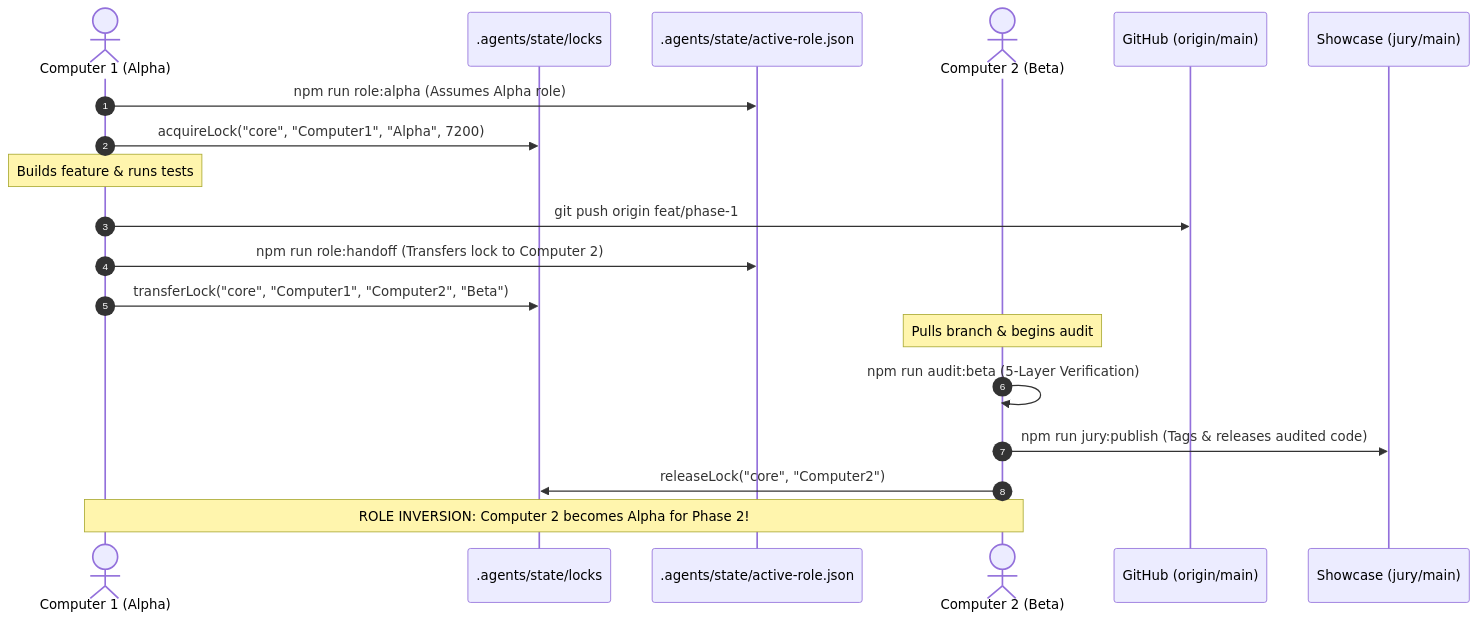
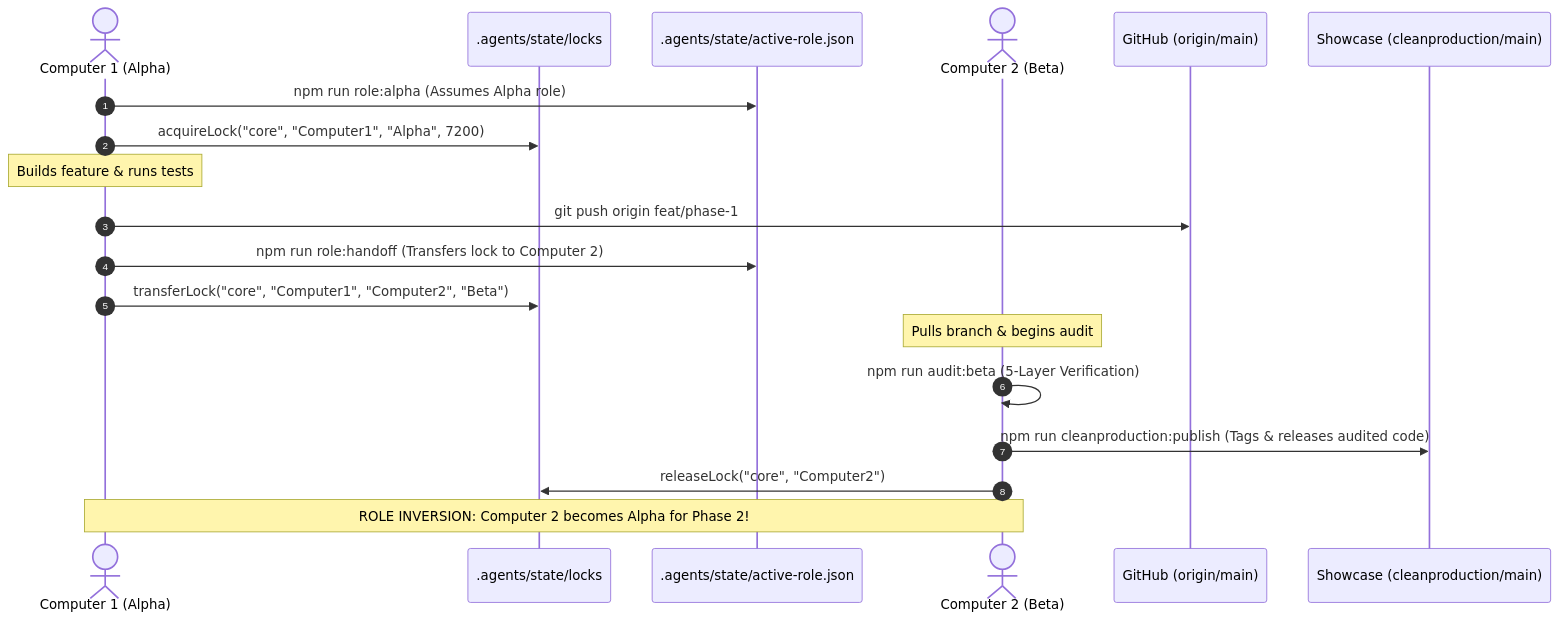
The diagram in docs/dossiers/teammate-handover-audit.md (Deepak-Sharma-2006/agent1), drawn with Mermaid before and after one commit. The commit also changed other lines of this file and 489 other files, not shown here.

````diff
--- a/docs/dossiers/teammate-handover-audit.md
+++ b/docs/dossiers/teammate-handover-audit.md
@@ -18,22 +18,22 @@
 ```mermaid
 sequenceDiagram
     autonumber
     actor C1 as Computer 1 (Alpha)
     participant Lock as .agents/state/locks
     participant State as .agents/state/active-role.json
     actor C2 as Computer 2 (Beta)
     participant Git as GitHub (origin/main)
-    participant Jury as Showcase (jury/main)
+    participant Prod as Showcase (cleanproduction/main)
 
     C1->>State: npm run role:alpha (Assumes Alpha role)
     C1->>Lock: acquireLock("core", "Computer1", "Alpha", 7200)
     Note over C1: Builds feature & runs tests
     C1->>Git: git push origin feat/phase-1
     C1->>State: npm run role:handoff (Transfers lock to Computer 2)
     C1->>Lock: transferLock("core", "Computer1", "Computer2", "Beta")
     Note over C2: Pulls branch & begins audit
     C2->>C2: npm run audit:beta (5-Layer Verification)
-    C2->>Jury: npm run jury:publish (Tags & releases audited code)
+    C2->>Prod: npm run cleanproduction:publish (Tags & releases audited code)
     C2->>Lock: releaseLock("core", "Computer2")
     Note over C1, C2: ROLE INVERSION: Computer 2 becomes Alpha for Phase 2!
 ```
````
